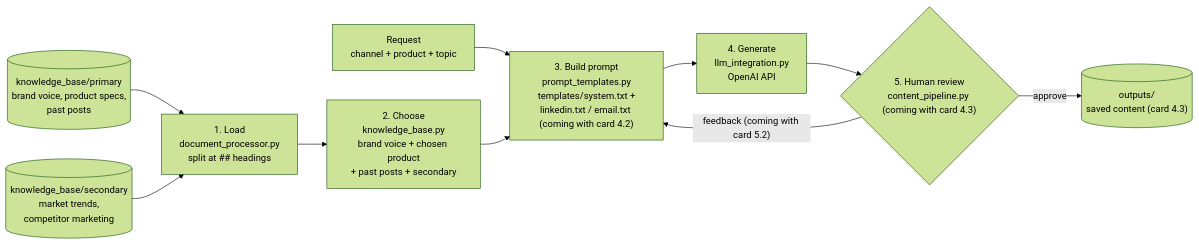
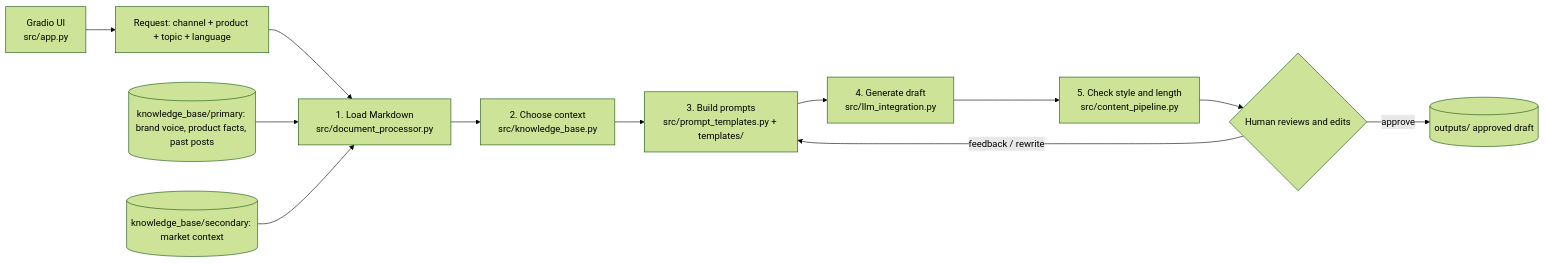
The diagram in README.md (ayhandemir7-LSSBB/cs-reply-assistant), drawn with Mermaid (forest theme) before and after one commit. The commit also changed other lines of this file, not shown here.

````diff
--- a/README.md
+++ b/README.md
@@ -13,12 +11,14 @@
 ```mermaid
 flowchart LR
-    R["Request<br/>channel + product + topic"] --> P
-    KB1[("knowledge_base/primary<br/>brand voice, product specs,<br/>past posts")] --> L
-    KB2[("knowledge_base/secondary<br/>market trends,<br/>competitor marketing")] --> L
-    L["1. Load<br/>document_processor.py<br/>split at ## headings"] --> C
-    C["2. Choose<br/>knowledge_base.py<br/>brand voice + chosen product<br/>+ past posts + secondary"] --> P
-    P["3. Build prompt<br/>prompt_templates.py<br/>templates/system.txt +<br/>linkedin.txt / email.txt (coming with card 4.2)"] --> G
-    G["4. Generate<br/>llm_integration.py<br/>OpenAI API"] --> H
-    H{"5. Human review<br/>content_pipeline.py (coming with card 4.3)"} -- "approve" --> O[("outputs/<br/>saved content (card 4.3)")]
-    H -- "feedback (coming with card 5.2)" --> P
+    R["Request: channel + product + topic + language"] --> L
+    K1[("knowledge_base/primary: brand voice, product facts, past posts")] --> L
+    K2[("knowledge_base/secondary: market context")] --> L
+    L["1. Load Markdown<br/>src/document_processor.py"] --> C
+    C["2. Choose context<br/>src/knowledge_base.py"] --> P
+    P["3. Build prompts<br/>src/prompt_templates.py + templates/"] --> G
+    G["4. Generate draft<br/>src/llm_integration.py"] --> Q
+    Q["5. Check style and length<br/>src/content_pipeline.py"] --> H
+    H{"Human reviews and edits"} -->|"feedback / rewrite"| P
+    H -->|"approve"| O[("outputs/ approved draft")]
+    UI["Gradio UI<br/>src/app.py"] --> R
 ```
````
